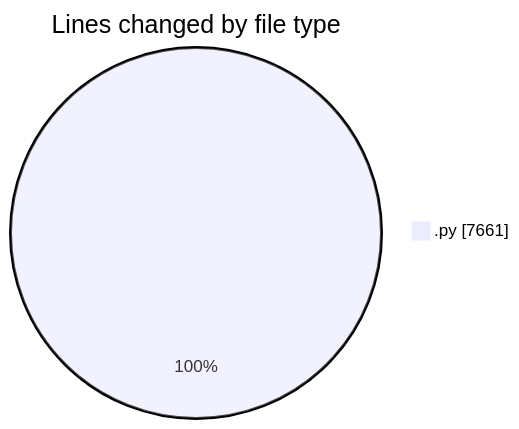
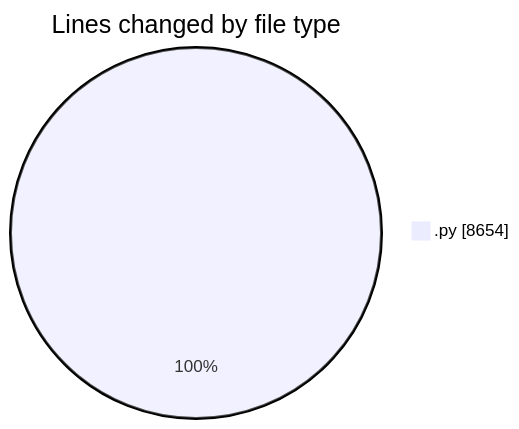
One commit to MatusMokan/code-tracking changed the first of 2 diagrams in 2025-04-12/myws__workspace_/README.md. Above: the diagram before and after it, drawn with Mermaid. The commit also changed other lines of this file and 1 other file, not shown here.

````diff
--- a/2025-04-12/myws__workspace_/README.md
+++ b/2025-04-12/myws__workspace_/README.md
@@ -27,5 +28,5 @@
 ```mermaid
 pie showData
 title Lines changed by file type
-".py" : 7661
+".py" : 8654
 ```
````
